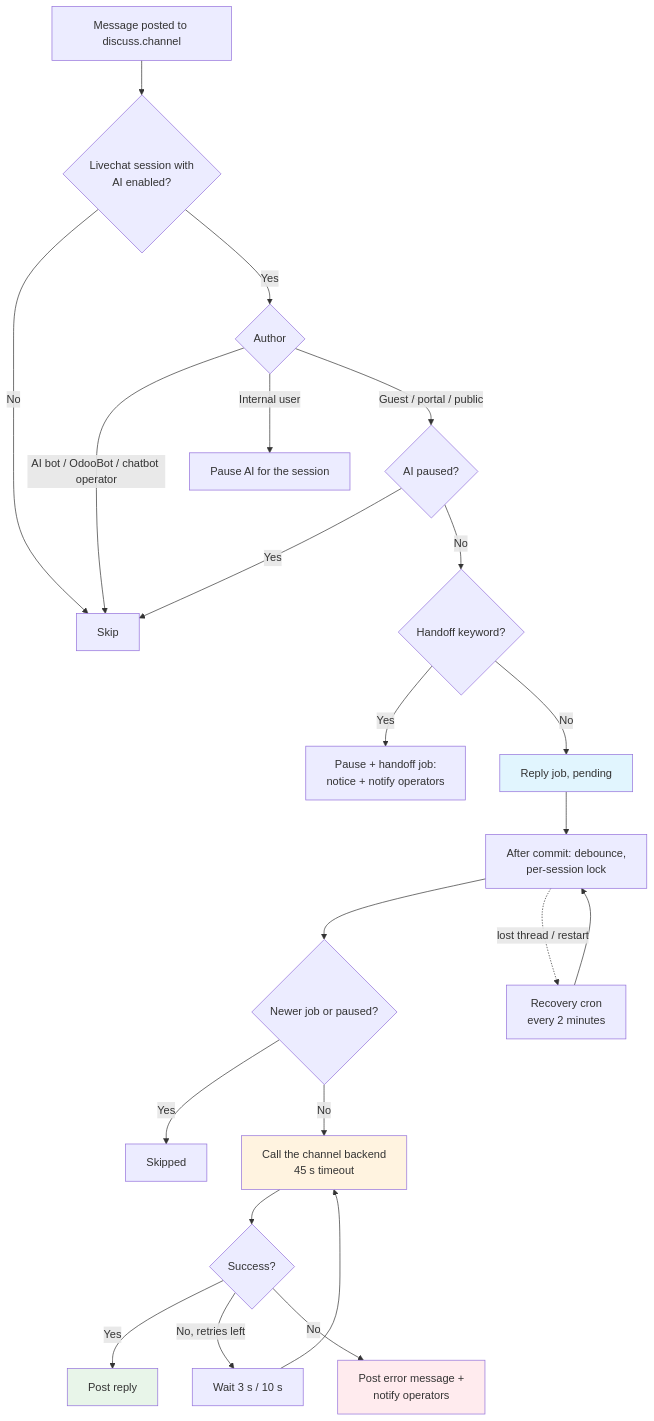
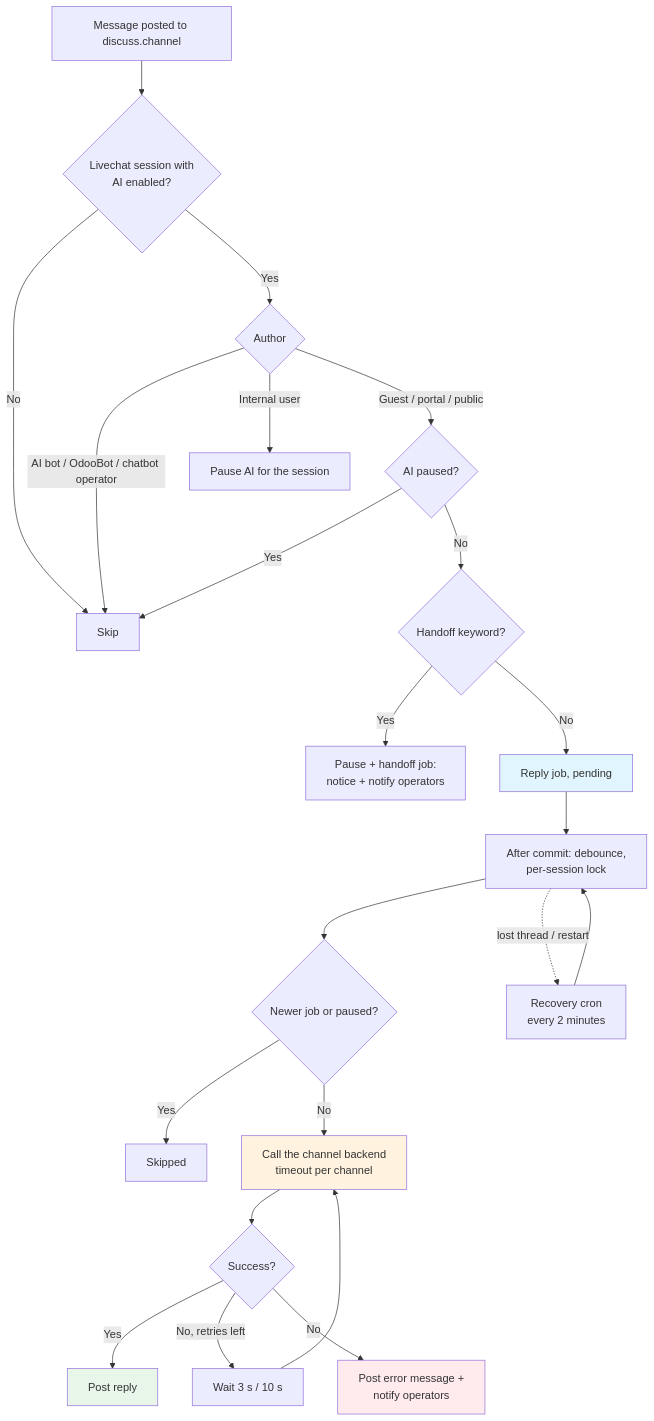
One commit to WOOWTECH/Woow_odoo_ai_livechat changed the second of 2 diagrams in README.md. Above: the diagram before and after it, drawn with Mermaid. The commit also changed other lines of this file and 8 other files, not shown here.

First line of the commit message:
im_livechat_ai: per-channel backend reply timeout (default 45 s, n8n 120 s, 10-300 s)

````diff
--- a/README.md
+++ b/README.md
@@ -172,27 +172,27 @@
 ```mermaid
 flowchart TD
     A[Message posted to discuss.channel] --> B{Livechat session with<br/>AI enabled?}
     B -->|No| Z[Skip]
     B -->|Yes| C{Author}
     C -->|AI bot / OdooBot / chatbot operator| Z
     C -->|Internal user| P[Pause AI for the session]
     C -->|Guest / portal / public| D{AI paused?}
     D -->|Yes| Z
     D -->|No| E{Handoff keyword?}
     E -->|Yes| H[Pause + handoff job:<br/>notice + notify operators]
     E -->|No| F[Reply job, pending]
     F --> G[After commit: debounce,<br/>per-session lock]
     G --> I{Newer job or paused?}
     I -->|Yes| S[Skipped]
-    I -->|No| J[Call the channel backend<br/>45 s timeout]
+    I -->|No| J[Call the channel backend<br/>timeout per channel]
     J --> K{Success?}
     K -->|Yes| L[Post reply]
     K -->|No, retries left| R[Wait 3 s / 10 s] --> J
     K -->|No| M[Post error message +<br/>notify operators]
     G -.lost thread / restart.-> C2[Recovery cron<br/>every 2 minutes] --> G
 
     style F fill:#e1f5fe
     style J fill:#fff3e0
     style L fill:#e8f5e9
     style M fill:#ffebee
 ```
````
